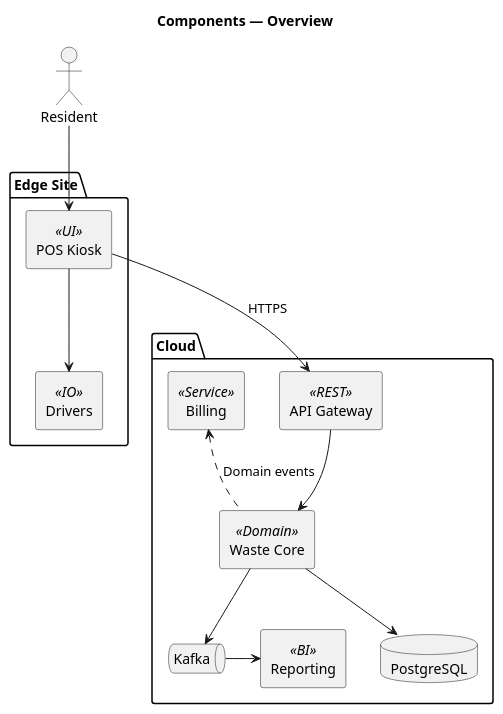
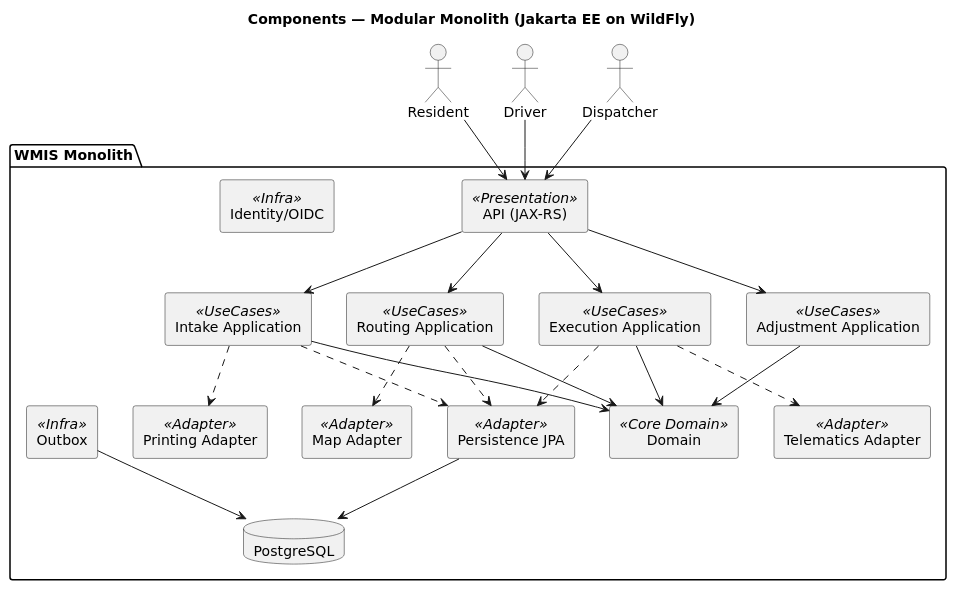
The diagram in docs/uml/component.puml (r4m63/Waste-Management), drawn with PlantUML before and after one commit. The commit also changed 8 other files, not shown here.

Commit message:
docs: uml architecture

```diff
--- a/docs/uml/component.puml
+++ b/docs/uml/component.puml
@@ -1,27 +1,50 @@
 @startuml
-title Components — Overview
+title Components — Modular Monolith (Jakarta EE on WildFly)
 skinparam componentStyle rectangle
+skinparam defaultFontName "DejaVu Sans"
 
 actor Resident
-package "Edge Site" {
-  [POS Kiosk] <<UI>>
-  [Drivers] <<IO>>
-}
-package "Cloud" {
-  [API Gateway] <<REST>>
-  [Waste Core] <<Domain>>
-  [Billing] <<Service>>
-  [Reporting] <<BI>>
+actor Driver
+actor Dispatcher
+
+package "WMIS Monolith" {
+  [API (JAX-RS)] <<Presentation>>
+  [Intake Application] <<UseCases>>
+  [Routing Application] <<UseCases>>
+  [Execution Application] <<UseCases>>
+  [Adjustment Application] <<UseCases>>
+  [Domain] <<Core Domain>>
+  [Persistence JPA] <<Adapter>>
+  [Map Adapter] <<Adapter>>
+  [Telematics Adapter] <<Adapter>>
+  [Printing Adapter] <<Adapter>>
+  [Identity/OIDC] <<Infra>>
+  [Outbox] <<Infra>>
   database "PostgreSQL" as PG
-  queue "Kafka" as MQ
 }
 
-Resident --> [POS Kiosk]
-[POS Kiosk] --> [Drivers]
-[POS Kiosk] --> [API Gateway] : HTTPS
-[API Gateway] --> [Waste Core]
-[Waste Core] --> PG
-[Waste Core] --> MQ
-[Reporting] <- MQ
-[Billing] <.. [Waste Core] : Domain events
+Resident --> [API (JAX-RS)]
+Driver --> [API (JAX-RS)]
+Dispatcher --> [API (JAX-RS)]
+
+[API (JAX-RS)] --> [Intake Application]
+[API (JAX-RS)] --> [Routing Application]
+[API (JAX-RS)] --> [Execution Application]
+[API (JAX-RS)] --> [Adjustment Application]
+
+[Intake Application] --> [Domain]
+[Routing Application] --> [Domain]
+[Execution Application] --> [Domain]
+[Adjustment Application] --> [Domain]
+
+[Intake Application] ..> [Persistence JPA]
+[Routing Application] ..> [Persistence JPA]
+[Execution Application] ..> [Persistence JPA]
+
+[Routing Application] ..> [Map Adapter]
+[Execution Application] ..> [Telematics Adapter]
+[Intake Application] ..> [Printing Adapter]
+
+[Persistence JPA] --> PG
+[Outbox] --> PG
 @enduml
```
